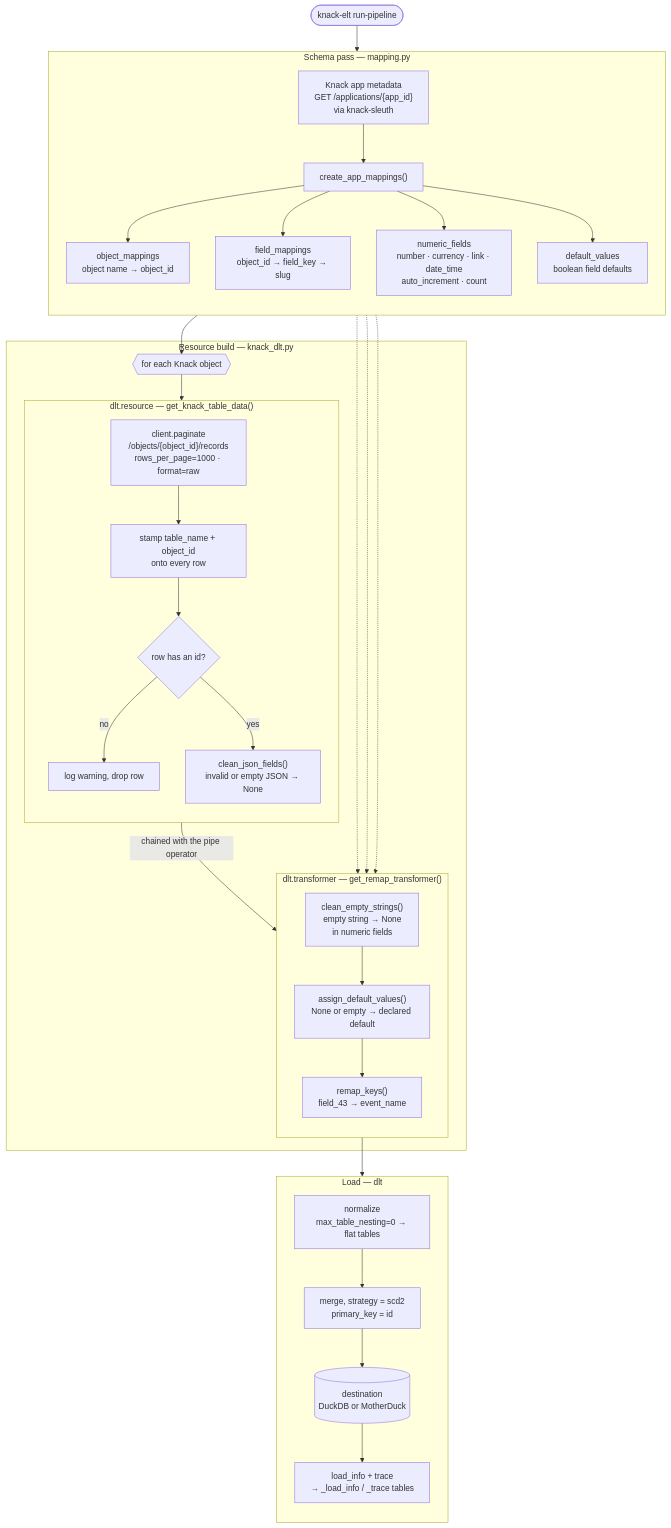
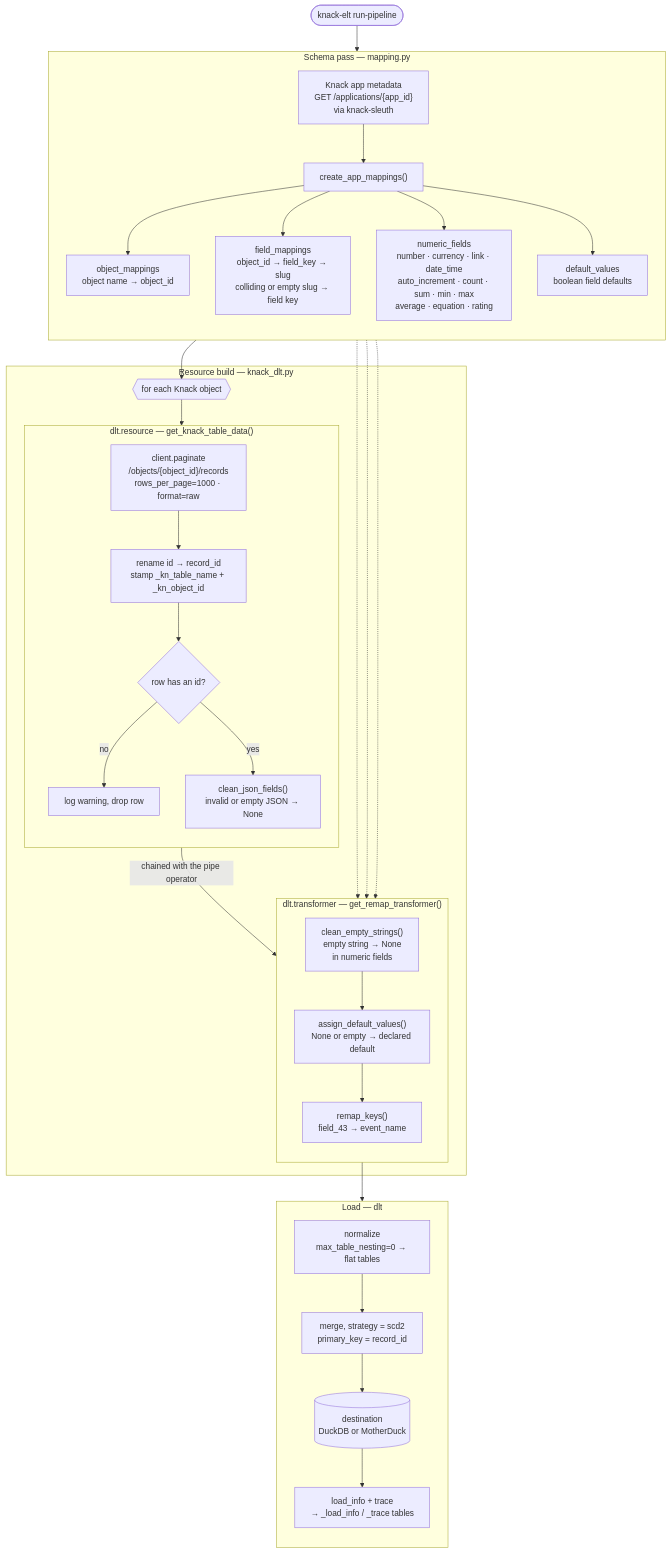
One commit to mcmasty/knack-elt changed the third of 5 diagrams in docs/ARCHITECTURE.md. Above: the diagram before and after it, drawn with Mermaid. The commit also changed other lines of this file and 10 other files, not shown here.

````diff
--- a/docs/ARCHITECTURE.md
+++ b/docs/ARCHITECTURE.md
@@ -169,59 +169,59 @@
 ```mermaid
 flowchart TB
     start(["knack-elt run-pipeline"]) --> meta
 
     subgraph mapping["Schema pass — mapping.py"]
         direction TB
         meta["Knack app metadata<br/>GET /applications/{app_id}<br/>via knack-sleuth"]
         cam["create_app_mappings()"]
         meta --> cam
         cam --> om["object_mappings<br/>object name → object_id"]
-        cam --> fm["field_mappings<br/>object_id → field_key → slug"]
-        cam --> nf["numeric_fields<br/>number · currency · link · date_time<br/>auto_increment · count"]
+        cam --> fm["field_mappings<br/>object_id → field_key → slug<br/>colliding or empty slug → field key"]
+        cam --> nf["numeric_fields<br/>number · currency · link · date_time<br/>auto_increment · count · sum · min · max<br/>average · equation · rating"]
         cam --> dv["default_values<br/>boolean field defaults"]
     end
 
     om --> loop
 
     subgraph build["Resource build — knack_dlt.py"]
         loop{{"for each Knack object"}}
 
         subgraph resource["dlt.resource — get_knack_table_data()"]
             direction TB
             pg["client.paginate<br/>/objects/{object_id}/records<br/>rows_per_page=1000 · format=raw"]
-            stamp["stamp table_name + object_id<br/>onto every row"]
+            stamp["rename id → record_id<br/>stamp _kn_table_name + _kn_object_id"]
             pk{"row has an id?"}
             skip["log warning, drop row"]
             cjf["clean_json_fields()<br/>invalid or empty JSON → None"]
             pg --> stamp --> pk
             pk -->|no| skip
             pk -->|yes| cjf
         end
 
         subgraph transformer["dlt.transformer — get_remap_transformer()"]
             direction TB
             ces["clean_empty_strings()<br/>empty string → None<br/>in numeric fields"]
             adv["assign_default_values()<br/>None or empty → declared default"]
             rk["remap_keys()<br/>field_43 → event_name"]
             ces --> adv --> rk
         end
 
         loop --> pg
         cjf -->|"chained with the pipe operator"| ces
     end
 
     nf -.-> ces
     dv -.-> adv
     fm -.-> rk
 
     rk --> norm
 
     subgraph load["Load — dlt"]
         direction TB
         norm["normalize<br/>max_table_nesting=0 → flat tables"]
-        merge["merge, strategy = scd2<br/>primary_key = id"]
+        merge["merge, strategy = scd2<br/>primary_key = record_id"]
         dest[("destination<br/>DuckDB or MotherDuck")]
         info["load_info + trace<br/>→ _load_info / _trace tables"]
         norm --> merge --> dest --> info
     end
 ```
````
